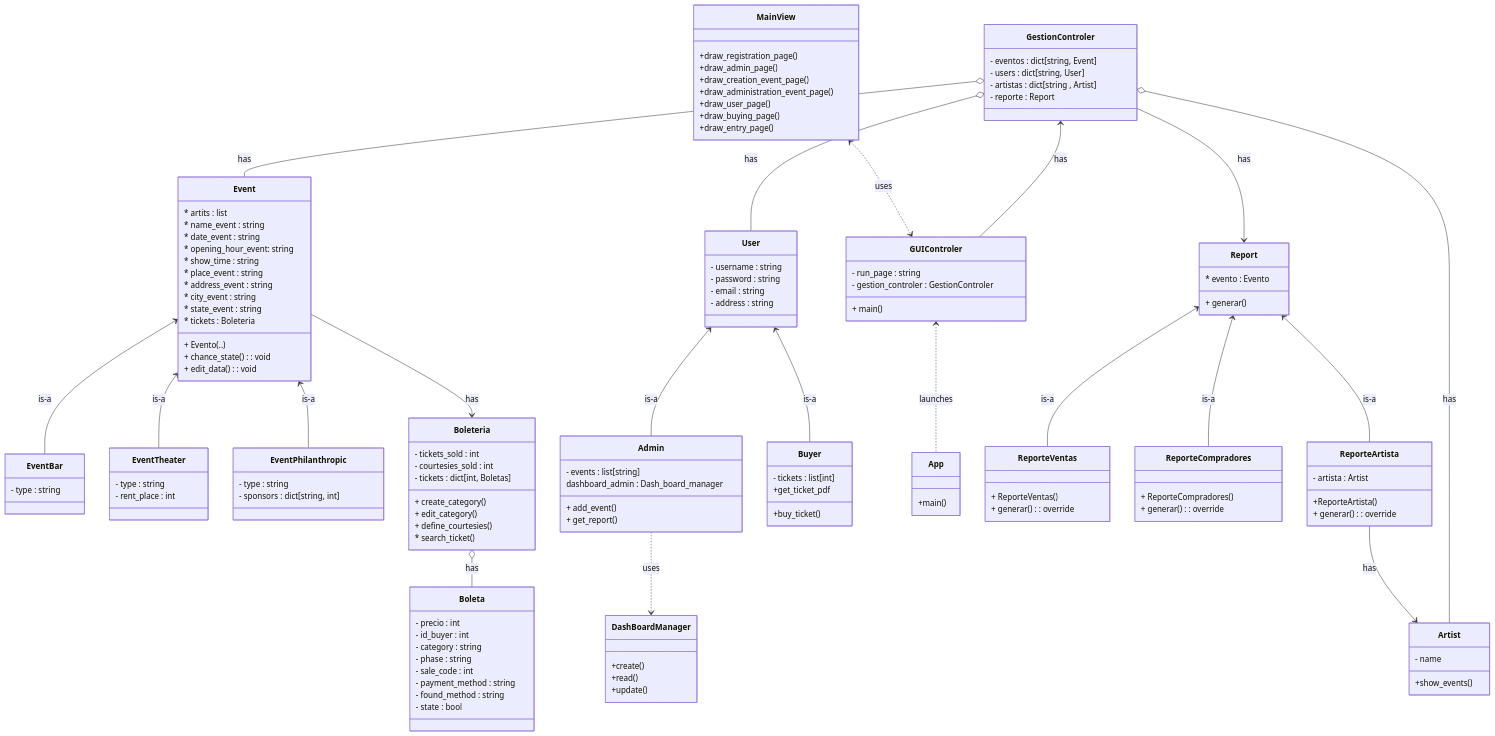
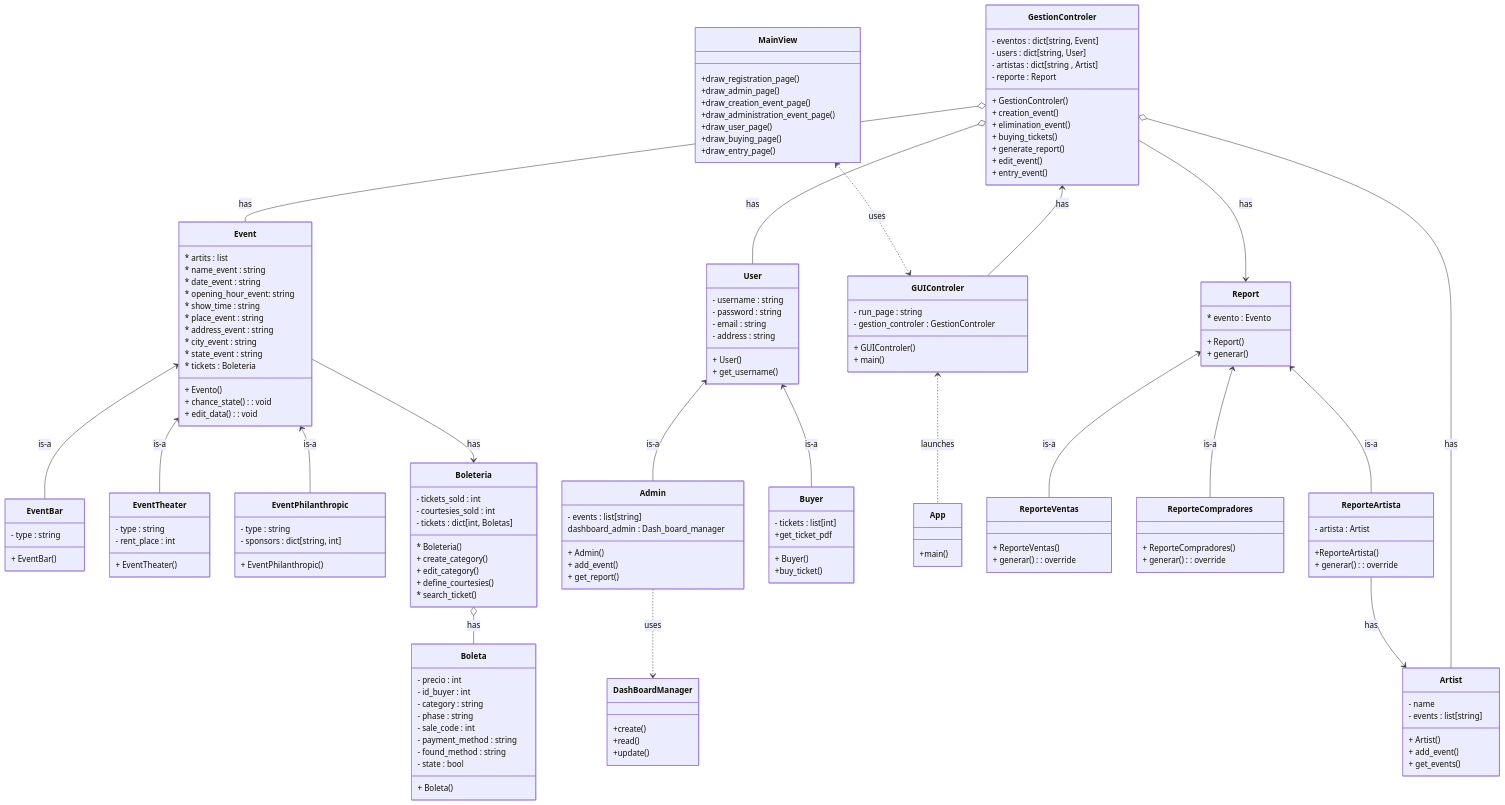
One commit to 300CIS017-Object-Oriented-Programming/0-2-proyecto-segunda-parte-juliana-sanchez-e-isabella-pacheco changed the diagram in README.md. Above: the diagram before and after it, drawn with Mermaid.

Commit message:
actualizacion UML en README

```diff
--- a/README.md
+++ b/README.md
@@ -16,29 +16,33 @@
         * city_event : string
         * state_event : string
         * tickets : Boleteria
-        + Evento(..)
+        + Evento()
         + chance_state() : void
         + edit_data() : void
     }
 
     class EventBar  {
         - type : string
+        + EventBar()
     }
 
     class EventTheater {
         - type : string
         - rent_place : int
+        + EventTheater()
     }
 
     class EventPhilanthropic {
         - type : string
         - sponsors : dict[string, int]
+        + EventPhilanthropic()
     }
 
     class Boleteria {
         - tickets_sold : int
         - courtesies_sold : int
         - tickets : dict[int, Boletas]
+        * Boleteria()
         + create_category()
         + edit_category()
         + define_courtesies()
@@ -54,6 +58,7 @@
         - payment_method : string
         - found_method : string
         - state : bool
+        + Boleta()
     }
 
     class DashBoardManager {
@@ -64,23 +69,30 @@
     
     class Artist {
         - name
-        +show_events()
+        - events : list[string]
+        + Artist()
+        + add_event()
+        + get_events()
     }
     class User {
         - username : string
         - password : string
         - email : string
         - address : string
+        + User()
+        + get_username()
     }
 
     class Admin {
         - events : list[string]
         dashboard_admin : Dash_board_manager
+        + Admin()
         + add_event()
         + get_report()
     }
     class Buyer {
         - tickets : list[int]
+        + Buyer()
         +buy_ticket()
         +get_ticket_pdf
     }
@@ -102,6 +114,7 @@
     class GUIControler {
         - run_page : string
         - gestion_controler : GestionControler
+        + GUIControler()
         + main()
     }
 
@@ -110,10 +123,18 @@
         - users : dict[string, User]
         - artistas : dict[string , Artist]
         - reporte : Report
+        + GestionControler()
+        + creation_event()
+        + elimination_event()
+        + buying_tickets()
+        + generate_report()
+        + edit_event()
+        + entry_event()
     }
 
     class Report {
         * evento : Evento
+        + Report()
         + generar()
     }
 
```
